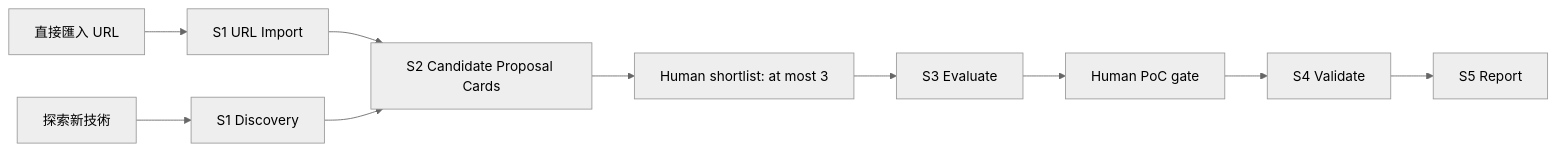
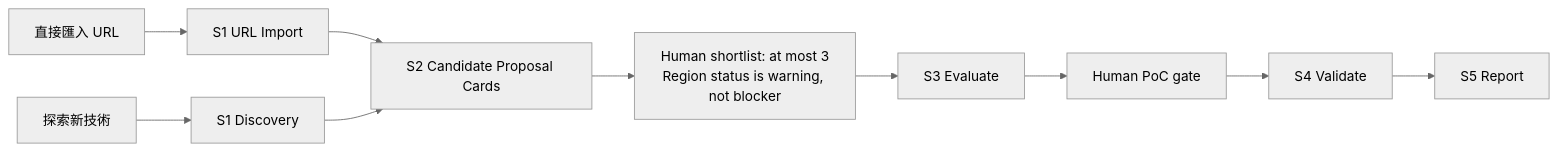
One commit to gt52bts-dotcom/internship-tech-radar changed the diagram in radar-redesign/s0-backend-architecture.md. Above: the diagram before and after it, drawn with Mermaid (neutral theme). The commit also changed other lines of this file and 8 other files, not shown here.

Commit message:
Adjust radar region gate flow

````diff
--- a/radar-redesign/s0-backend-architecture.md
+++ b/radar-redesign/s0-backend-architecture.md
@@ -14,12 +14,12 @@
 ```mermaid
 flowchart LR
   A["直接匯入 URL"] --> C["S1 URL Import"]
   B["探索新技術"] --> D["S1 Discovery"]
   C --> E["S2 Candidate Proposal Cards"]
   D --> E
-  E --> F["Human shortlist: at most 3"]
+  E --> F["Human shortlist: at most 3<br/>Region status is warning, not blocker"]
   F --> G["S3 Evaluate"]
   G --> H["Human PoC gate"]
   H --> I["S4 Validate"]
   I --> J["S5 Report"]
 ```
````
